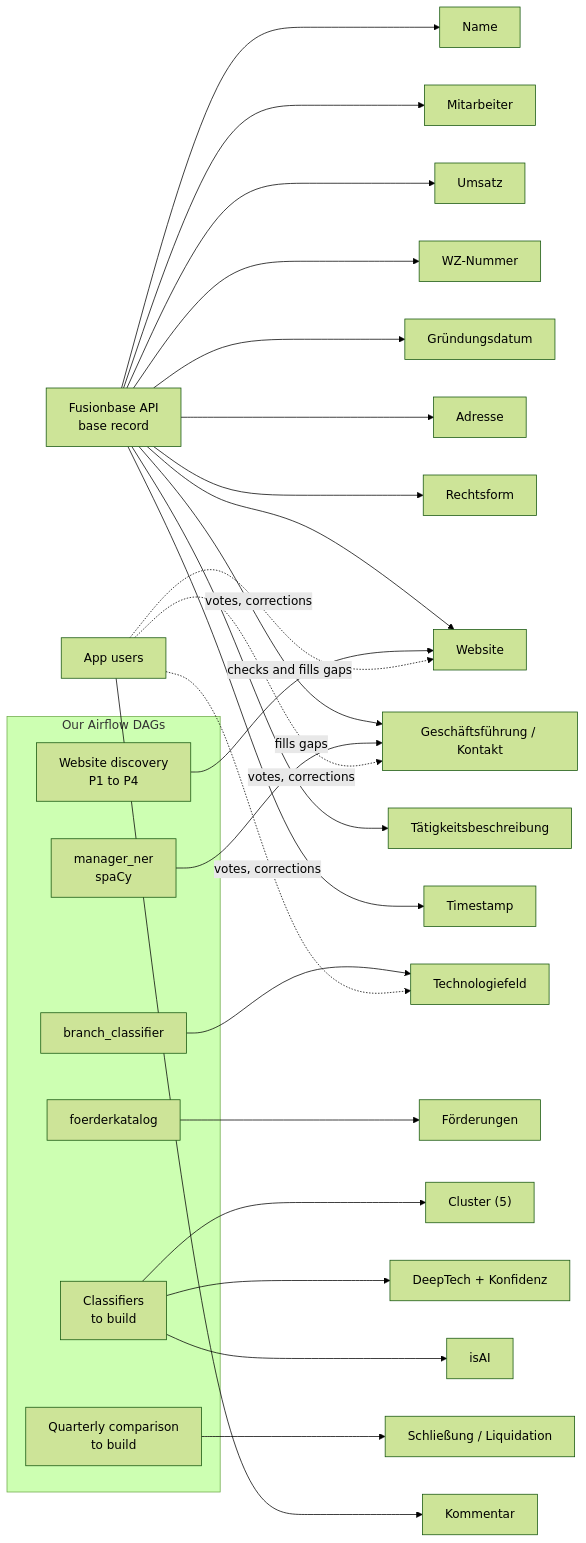
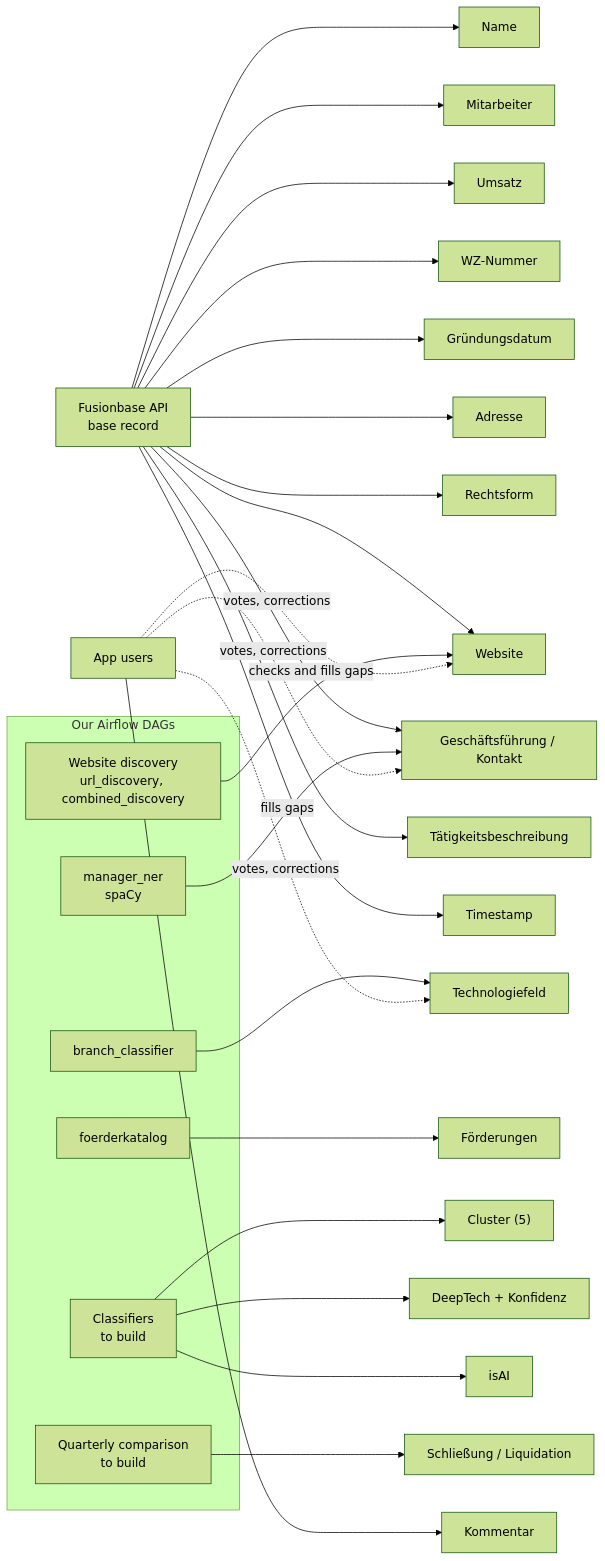
Before and after one commit to technologiestiftung/unternehmensdatenbank: the sixth of 12 diagrams in docs/architecture-overview.md, drawn with Mermaid (forest theme). The commit also changed other lines of this file and 4 other files, not shown here.

````diff
--- a/docs/architecture-overview.md
+++ b/docs/architecture-overview.md
@@ -218,37 +216,37 @@
 ```mermaid
 flowchart LR
   FB["Fusionbase API<br/>base record"]
   subgraph DAGS["Our Airflow DAGs"]
-    DISC["Website discovery<br/>P1 to P4"]
+    DISC["Website discovery<br/>url_discovery, combined_discovery"]
     BC["branch_classifier"]
     NER["manager_ner<br/>spaCy"]
     FKD["foerderkatalog"]
     CLS["Classifiers<br/>to build"]
     DIFF["Quarterly comparison<br/>to build"]
   end
   APPU["App users"]
 
   FB --> F1["Name"]
   FB --> F2["Mitarbeiter"]
   FB --> F3["Umsatz"]
   FB --> F5["WZ-Nummer"]
   FB --> F6["Gründungsdatum"]
   FB --> F7["Adresse"]
   FB --> F8["Rechtsform"]
   FB --> F11["Website"]
   FB --> F12["Geschäftsführung / Kontakt"]
   FB --> F13["Tätigkeitsbeschreibung"]
   FB --> F18["Timestamp"]
   DISC -->|"checks and fills gaps"| F11
   NER -->|"fills gaps"| F12
   BC --> F10["Technologiefeld"]
   FKD --> F4["Förderungen"]
   CLS --> F9["Cluster (5)"]
   CLS --> F15["DeepTech + Konfidenz"]
   CLS --> F17["isAI"]
   DIFF --> F20["Schließung / Liquidation"]
   APPU --> F14["Kommentar"]
   APPU -.->|"votes, corrections"| F12
   APPU -.->|"votes, corrections"| F11
   APPU -.->|"votes, corrections"| F10
 ```
````
